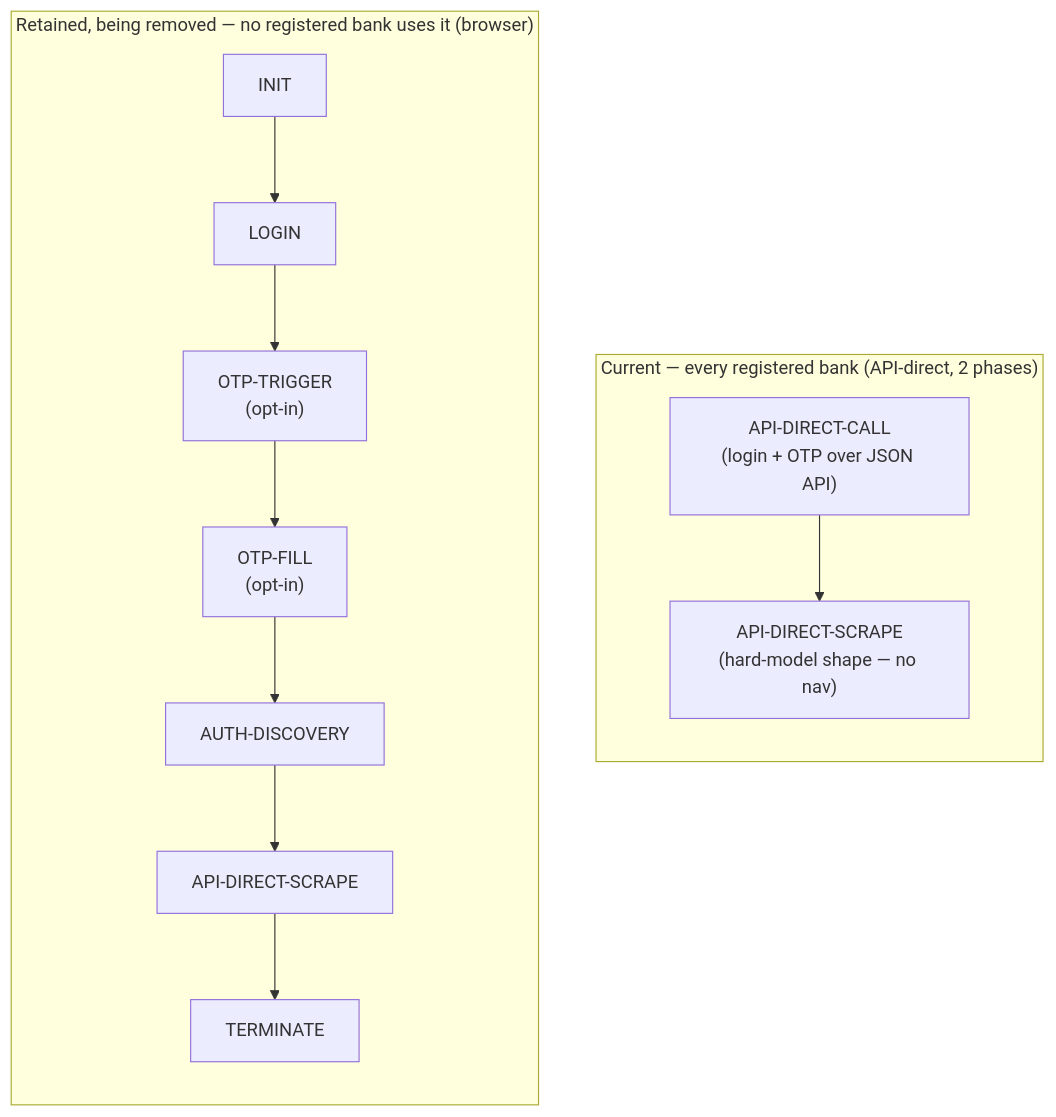
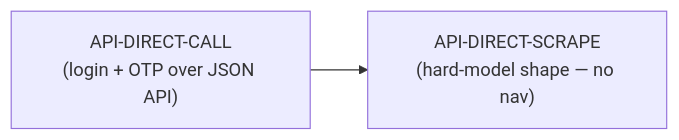
One commit to sergienko4/israeli-bank-scrapers changed the diagram in docs/architecture/pipeline.md. Above: the diagram before and after it, drawn with Mermaid. The commit also changed other lines of this file and 36 other files, not shown here.

````diff
--- a/docs/architecture/pipeline.md
+++ b/docs/architecture/pipeline.md
@@ -9,15 +18,4 @@
 ```mermaid
-flowchart TD
-    subgraph "Current — every registered bank (API-direct, 2 phases)"
-      direction TB
-      ADC["API-DIRECT-CALL<br/>(login + OTP over JSON API)"] --> ADS["API-DIRECT-SCRAPE<br/>(hard-model shape — no nav)"]
-    end
-
-    subgraph "Retained, being removed — no registered bank uses it (browser)"
-      direction TB
-      I[INIT] --> L[LOGIN] --> OT["OTP-TRIGGER<br/>(opt-in)"]
-      OT --> OF["OTP-FILL<br/>(opt-in)"]
-      OF --> AD[AUTH-DISCOVERY]
-      AD --> ADS2["API-DIRECT-SCRAPE"] --> T[TERMINATE]
-    end
+flowchart LR
+    ADC["API-DIRECT-CALL<br/>(login + OTP over JSON API)"] --> ADS["API-DIRECT-SCRAPE<br/>(hard-model shape — no nav)"]
 ```
````
